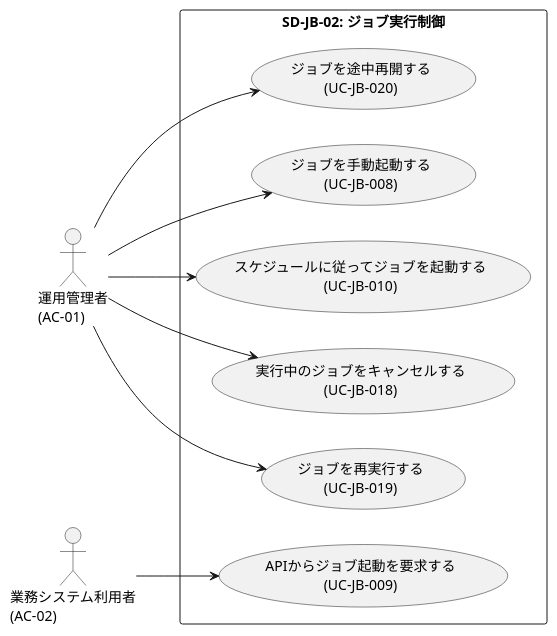
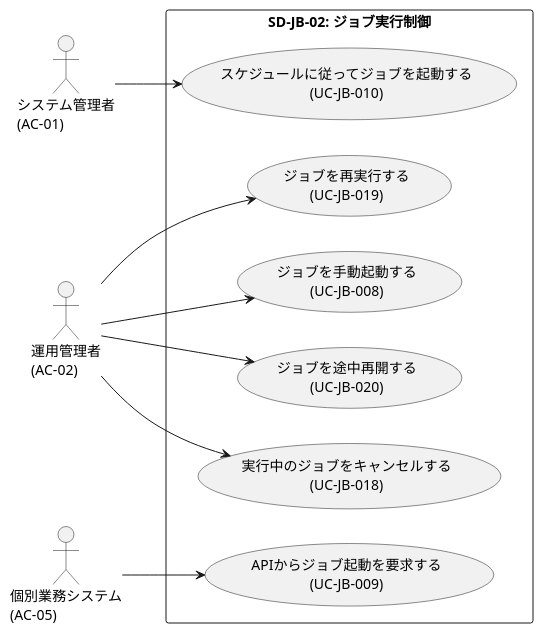
One commit to mizo432/modulith-learning changed the second of 5 diagrams in docs/22 要件定義書/JB ジョブ管理/03 機能要件/JB-01 ジョブ実行管理/04.システム/08.DDDモデル候補/サブドメイン毎ユースケース図.md. Above: the diagram before and after it, drawn with PlantUML. The commit also changed other lines of this file and 96 other files, not shown here.

````diff
--- a/docs/22 要件定義書/JB ジョブ管理/03 機能要件/JB-01 ジョブ実行管理/04.システム/08.DDDモデル候補/サブドメイン毎ユースケース図.md
+++ b/docs/22 要件定義書/JB ジョブ管理/03 機能要件/JB-01 ジョブ実行管理/04.システム/08.DDDモデル候補/サブドメイン毎ユースケース図.md
@@ -79,26 +79,27 @@
 ```plantuml
 @startuml
 left to right direction
 skinparam packageStyle rectangle
 
-actor "運用管理者\n(AC-01)" as AC01
-actor "業務システム利用者\n(AC-02)" as AC02
+actor "システム管理者\n(AC-01)" as AC01
+actor "運用管理者\n(AC-02)" as AC02
+actor "個別業務システム\n(AC-05)" as AC05
 
 package "SD-JB-02: ジョブ実行制御" {
   usecase "ジョブを手動起動する\n(UC-JB-008)" as UC008
   usecase "APIからジョブ起動を要求する\n(UC-JB-009)" as UC009
   usecase "スケジュールに従ってジョブを起動する\n(UC-JB-010)" as UC010
   usecase "実行中のジョブをキャンセルする\n(UC-JB-018)" as UC018
   usecase "ジョブを再実行する\n(UC-JB-019)" as UC019
   usecase "ジョブを途中再開する\n(UC-JB-020)" as UC020
 }
 
-AC01 --> UC008
 AC01 --> UC010
-AC01 --> UC018
-AC01 --> UC019
-AC01 --> UC020
-AC02 --> UC009
+AC02 --> UC008
+AC02 --> UC018
+AC02 --> UC019
+AC02 --> UC020
+AC05 --> UC009
 
 @enduml
 ```
````
